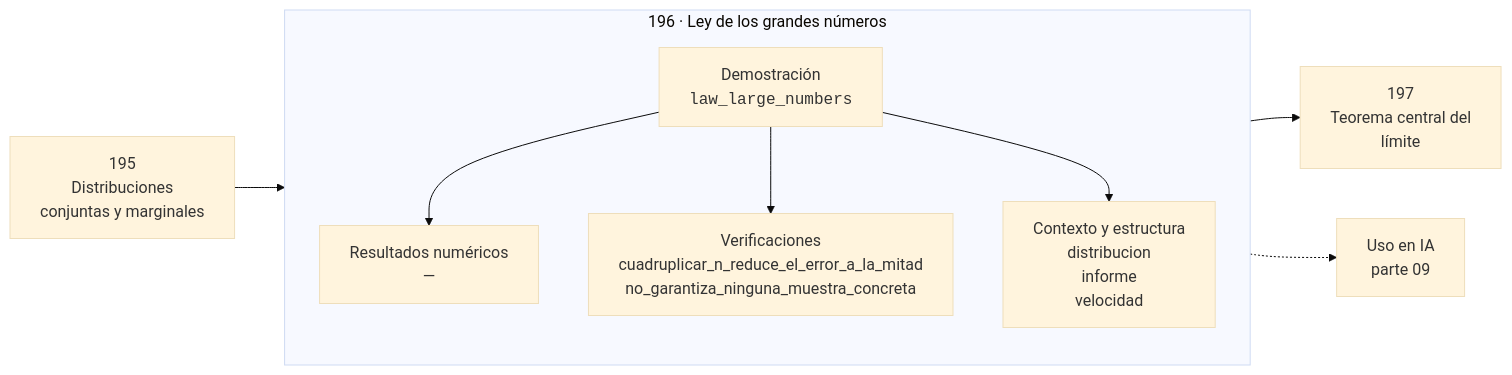
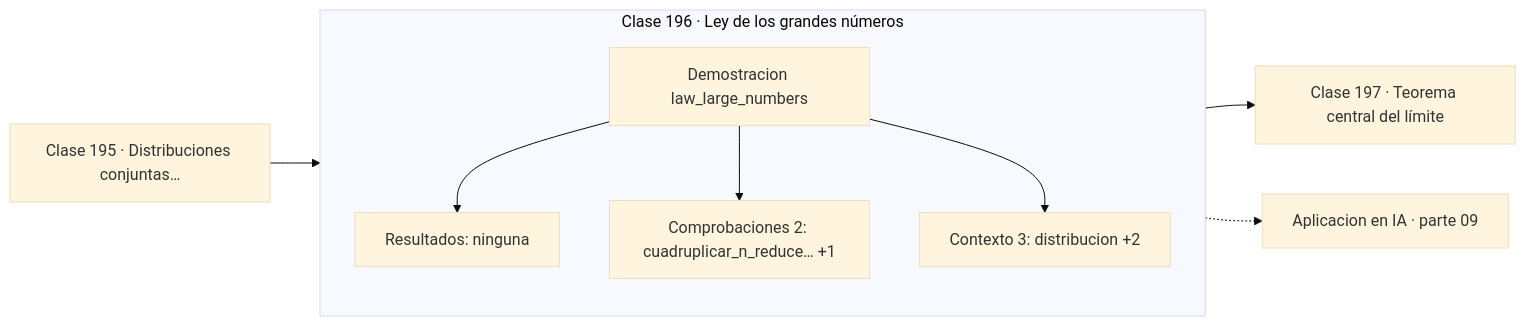
Before and after one commit to vladimiracunadev-create/computational-mathematics-program: the diagram in classes/part-09-probabilidad-y-procesos-aleatorios/196-ley-de-los-grandes-numeros/README.md, drawn with Mermaid (base theme). The commit also changed 389 other files, not shown here.

First line of the commit message:
fix(diagramas): elimina el HTML de las etiquetas Mermaid

````diff
--- a/classes/part-09-probabilidad-y-procesos-aleatorios/196-ley-de-los-grandes-numeros/README.md
+++ b/classes/part-09-probabilidad-y-procesos-aleatorios/196-ley-de-los-grandes-numeros/README.md
@@ -30,12 +30,13 @@
 ```mermaid
 flowchart LR
-    P["195<br/>Distribuciones<br/>conjuntas y marginales"] --> C
-    subgraph C["196 · Ley de los grandes números"]
+    P["Clase 195 · Distribuciones conjuntas…"] --> D
+    subgraph CLASE["Clase 196 · Ley de los grandes números"]
         direction TB
-        D["Demostración<br/><code>law_large_numbers</code>"] --> R["Resultados numéricos<br/>—"]
-        D --> V["Verificaciones<br/>cuadruplicar_n_reduce_el_error_a_la_mitad<br/>no_garantiza_ninguna_muestra_concreta"]
-        D --> O["Contexto y estructura<br/>distribucion<br/>informe<br/>velocidad"]
+        D["Demostracion law_large_numbers"]
+        D --> R["Resultados: ninguna"]
+        D --> V["Comprobaciones 2: cuadruplicar_n_reduce… +1"]
+        D --> O["Contexto 3: distribucion +2"]
     end
-    C --> N["197<br/>Teorema central del<br/>límite"]
-    C -.-> IA["Uso en IA<br/>parte 09"]
+    R --> N["Clase 197 · Teorema central del límite"]
+    V -.-> IA["Aplicacion en IA · parte 09"]
 ```
````
